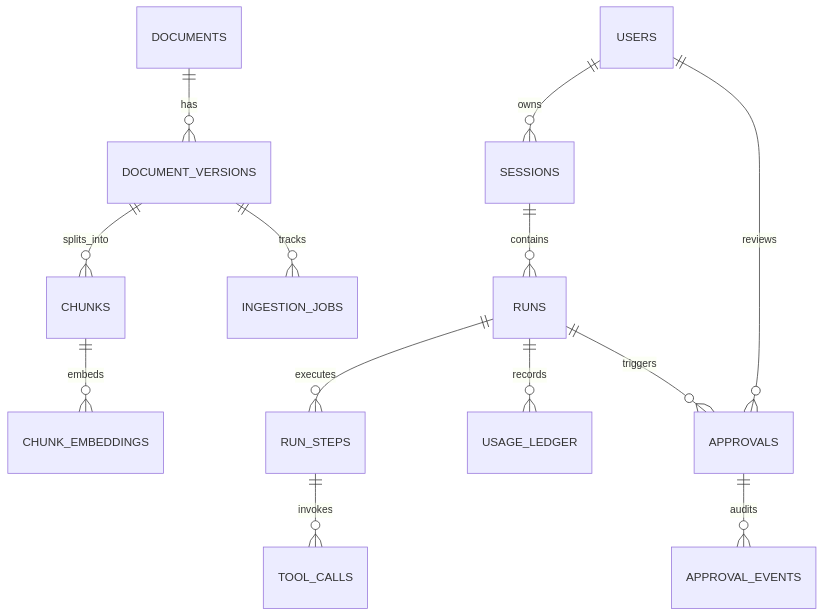
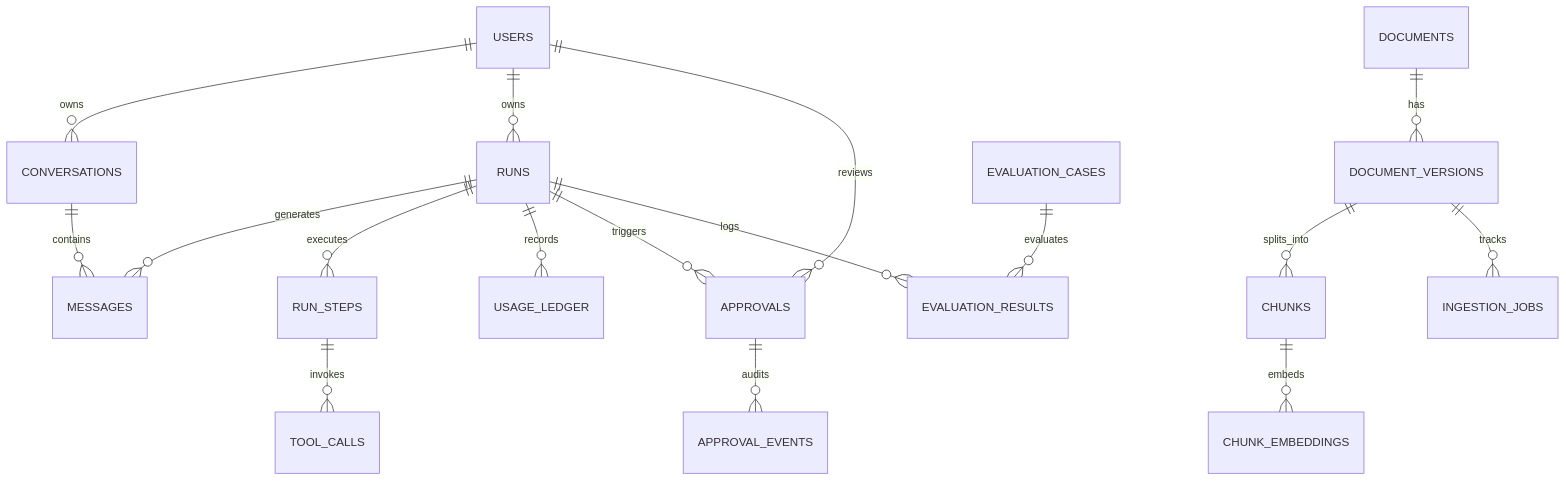
Before and after one commit to MohamedAlfeky1/domain-copilot: the sixth of 6 diagrams in docs/ARCHITECTURE.md, drawn with Mermaid. The commit also changed other lines of this file and 5 other files, not shown here.

````diff
--- a/docs/ARCHITECTURE.md
+++ b/docs/ARCHITECTURE.md
@@ -101,15 +660,19 @@
 ```mermaid
 erDiagram
-    USERS ||--o{ SESSIONS : owns
+    USERS ||--o{ CONVERSATIONS : owns
+    USERS ||--o{ RUNS : owns
     USERS ||--o{ APPROVALS : reviews
-    DOCUMENTS ||--o{ DOCUMENT_VERSIONS : has
-    DOCUMENT_VERSIONS ||--o{ CHUNKS : splits_into
-    DOCUMENT_VERSIONS ||--o{ INGESTION_JOBS : tracks
-    CHUNKS ||--o{ CHUNK_EMBEDDINGS : embeds
-    SESSIONS ||--o{ RUNS : contains
+    CONVERSATIONS ||--o{ MESSAGES : contains
+    RUNS ||--o{ MESSAGES : generates
     RUNS ||--o{ RUN_STEPS : executes
     RUNS ||--o{ USAGE_LEDGER : records
     RUNS ||--o{ APPROVALS : triggers
     RUN_STEPS ||--o{ TOOL_CALLS : invokes
     APPROVALS ||--o{ APPROVAL_EVENTS : audits
+    DOCUMENTS ||--o{ DOCUMENT_VERSIONS : has
+    DOCUMENT_VERSIONS ||--o{ CHUNKS : splits_into
+    DOCUMENT_VERSIONS ||--o{ INGESTION_JOBS : tracks
+    CHUNKS ||--o{ CHUNK_EMBEDDINGS : embeds
+    EVALUATION_CASES ||--o{ EVALUATION_RESULTS : evaluates
+    RUNS ||--o{ EVALUATION_RESULTS : logs
 ```
````
